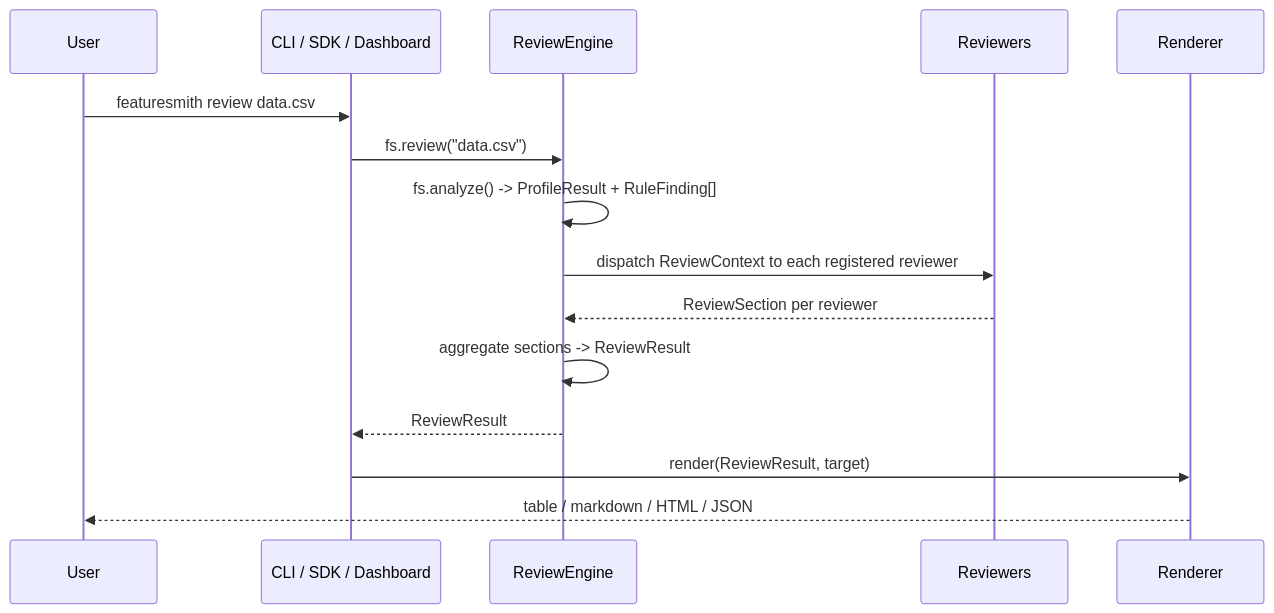
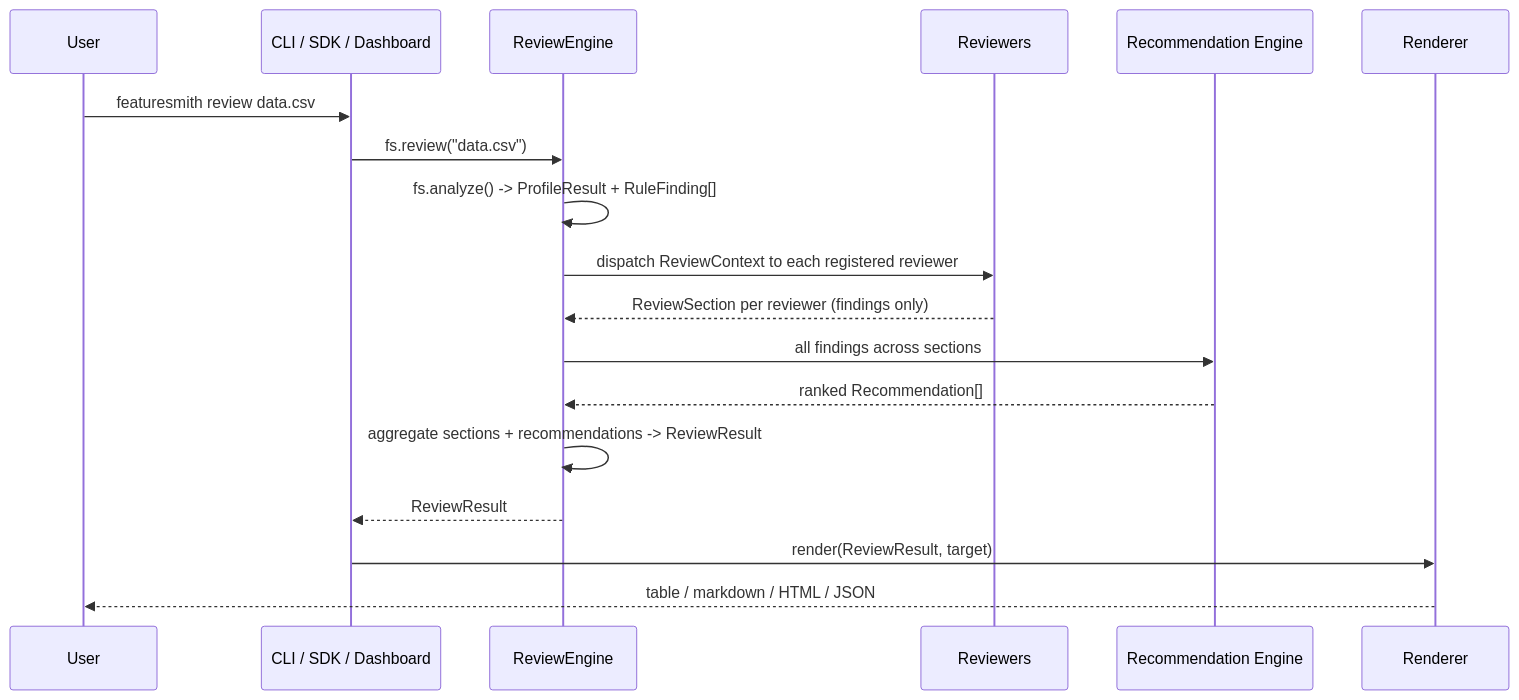
Before and after one commit to adityagangwani30/FeatureSmith: the third of 5 diagrams in docs/features/Review-Engine-Architecture.md, drawn with Mermaid. The commit also changed other lines of this file and 13 other files, not shown here.

Commit message:
docs: synchronize architecture and implementation for v0.2.0

````diff
--- a/docs/features/Review-Engine-Architecture.md
+++ b/docs/features/Review-Engine-Architecture.md
@@ -54,18 +74,21 @@
 ```mermaid
 sequenceDiagram
     participant User
     participant Surface as CLI / SDK / Dashboard
     participant Engine as ReviewEngine
     participant Reviewers
+    participant RecEngine as Recommendation Engine
     participant Render as Renderer
 
     User->>Surface: featuresmith review data.csv
     Surface->>Engine: fs.review("data.csv")
     Engine->>Engine: fs.analyze() -> ProfileResult + RuleFinding[]
     Engine->>Reviewers: dispatch ReviewContext to each registered reviewer
-    Reviewers-->>Engine: ReviewSection per reviewer
-    Engine->>Engine: aggregate sections -> ReviewResult
+    Reviewers-->>Engine: ReviewSection per reviewer (findings only)
+    Engine->>RecEngine: all findings across sections
+    RecEngine-->>Engine: ranked Recommendation[]
+    Engine->>Engine: aggregate sections + recommendations -> ReviewResult
     Engine-->>Surface: ReviewResult
     Surface->>Render: render(ReviewResult, target)
     Render-->>User: table / markdown / HTML / JSON
 ```
````
